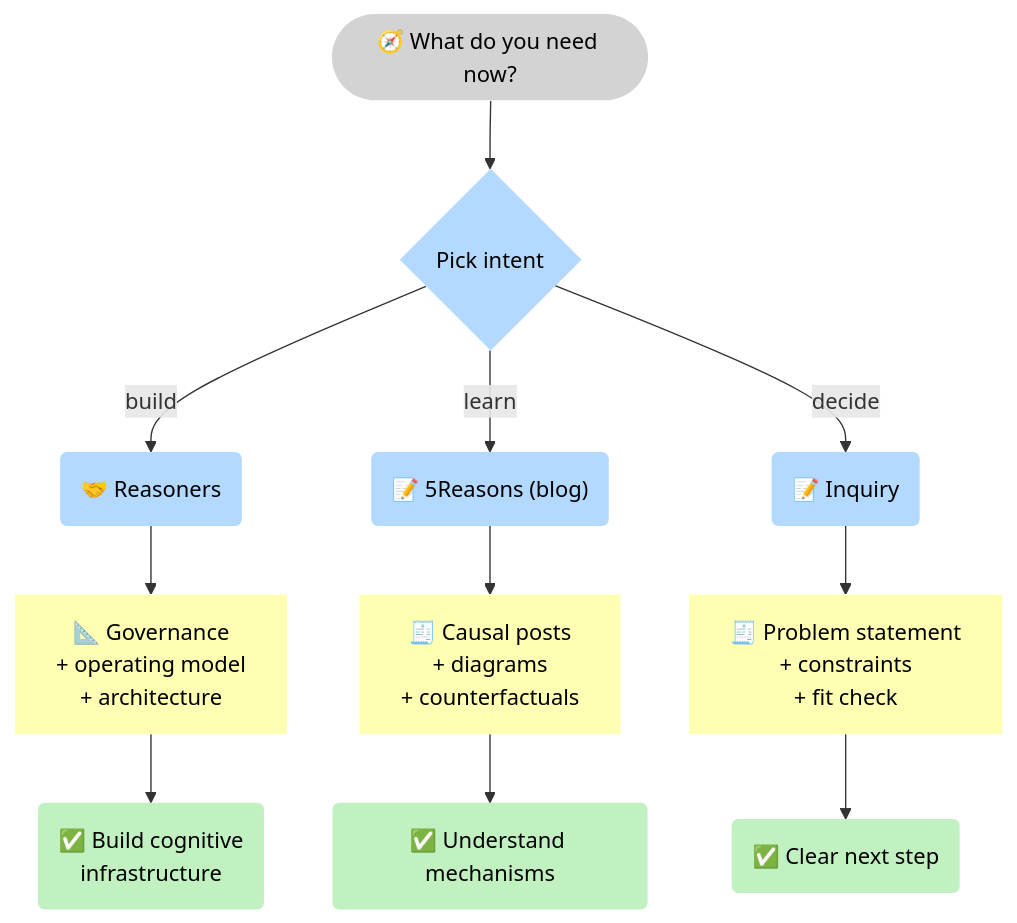
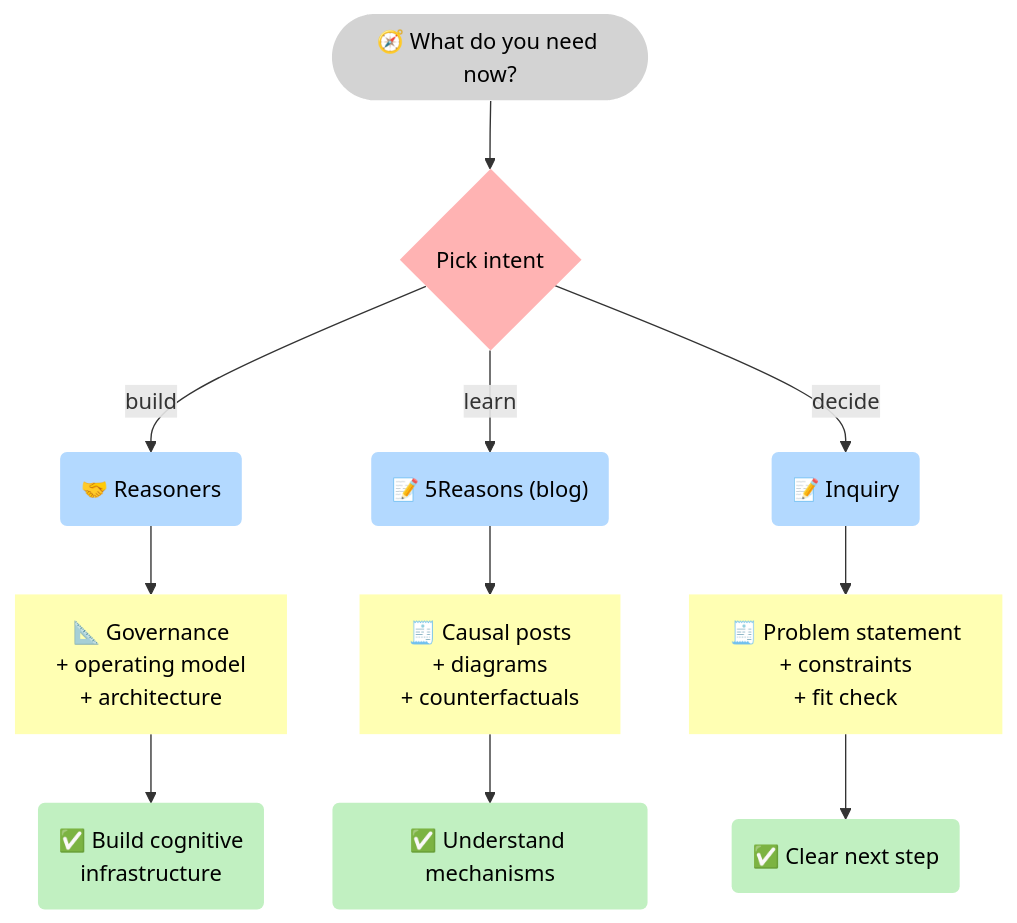
Before and after one commit to 5Reasons/5reasons.github.io: the fifth of 5 diagrams in docs/index.md, drawn with Mermaid. The commit also changed other lines of this file, not shown here.

Commit message:
Refactor Mermaid diagram classes: Update class definitions for clarity and consistency in flowchart elements

````diff
--- a/docs/index.md
+++ b/docs/index.md
@@ -348,37 +349,38 @@
 ```mermaid
 flowchart TB
 %% Styles (brModel Standard)
 classDef i fill:#D3D3D3,stroke-width:0px,color:#000;
 classDef p fill:#B3D9FF,stroke-width:0px,color:#000;
 classDef r fill:#FFFFB3,stroke-width:0px,color:#000;
 classDef o fill:#C1F0C1,stroke-width:0px,color:#000;
+classDef s fill:#FFB3B3,stroke-width:0px,color:#000;
 
 I_Intent(["🧭 What do you need now?"]):::i
-P_Pick{"Pick intent"}:::p
+P_Pick{"Pick intent"}:::s
 
 P_Reasoners("🤝 Reasoners"):::p
 R_Reasoners["📐 Governance <br>+ operating model <br>+ architecture"]:::r
 O_Reasoners("✅ Build cognitive <br>infrastructure"):::o
 
 P_5Reasons("📝 5Reasons (blog)"):::p
 R_5Reasons["🧾 Causal posts <br>+ diagrams <br>+ counterfactuals"]:::r
 O_5Reasons("✅ Understand mechanisms"):::o
 
 P_Inquiry("📝 Inquiry"):::p
 R_Inquiry["🧾 Problem statement <br>+ constraints <br>+ fit check"]:::r
 O_Inquiry("✅ Clear next step"):::o
 
 I_Intent --> P_Pick
 P_Pick -->|"build"| P_Reasoners --> R_Reasoners --> O_Reasoners
 P_Pick -->|"learn"| P_5Reasons --> R_5Reasons --> O_5Reasons
 P_Pick -->|"decide"| P_Inquiry --> R_Inquiry --> O_Inquiry
 
 
 
 click P_Reasoners "/reasoners/" "Reasoners"
 click O_Reasoners "/reasoners/" "Reasoners"
 click P_5Reasons "/blog/" "Blog"
 click O_5Reasons "/blog/" "Blog"
 click P_Inquiry "/home/inquiry/" "Inquiry"
 click O_Inquiry "/home/inquiry/" "Inquiry"
 ```
````
